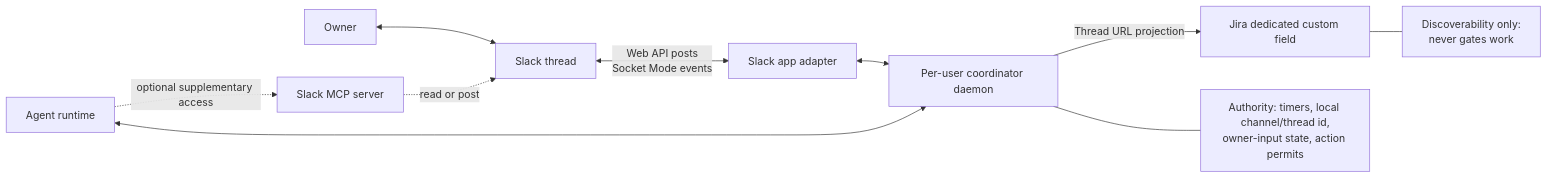
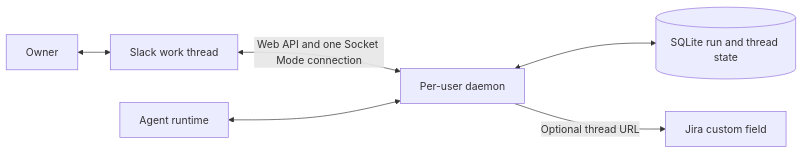
Before and after one commit to MarkTripoli/skills: the diagram in .agents/tasks/i-want-new-skill/03-tdd-slack-agent-communication.md, drawn with Mermaid. The commit also changed other lines of this file and 1 other file, not shown here.

````diff
--- a/.agents/tasks/i-want-new-skill/03-tdd-slack-agent-communication.md
+++ b/.agents/tasks/i-want-new-skill/03-tdd-slack-agent-communication.md
@@ -20,13 +20,8 @@
 ```mermaid
 flowchart LR
-    O[Owner] <--> ST[Slack thread]
-    ST <-->|Web API posts<br/>Socket Mode events| SA[Slack app adapter]
-    SA <--> C[Per-user coordinator daemon]
-    C -->|Thread URL projection| J[Jira dedicated custom field]
-    A[Agent runtime] <--> C
-    A -. optional supplementary access .-> MCP[Slack MCP server]
-    MCP -. read or post .-> ST
-
-    C --- AUTH["Authority: timers, local channel/thread id,<br/>owner-input state, action permits"]
-    J --- DISC["Discoverability only:<br/>never gates work"]
+    O[Owner] <--> T[Slack work thread]
+    T <-->|Web API and one Socket Mode connection| D[Per-user daemon]
+    A[Agent runtime] <--> D
+    D <--> DB[(SQLite run and thread state)]
+    D -->|Optional thread URL| J[Jira custom field]
 ```
````
